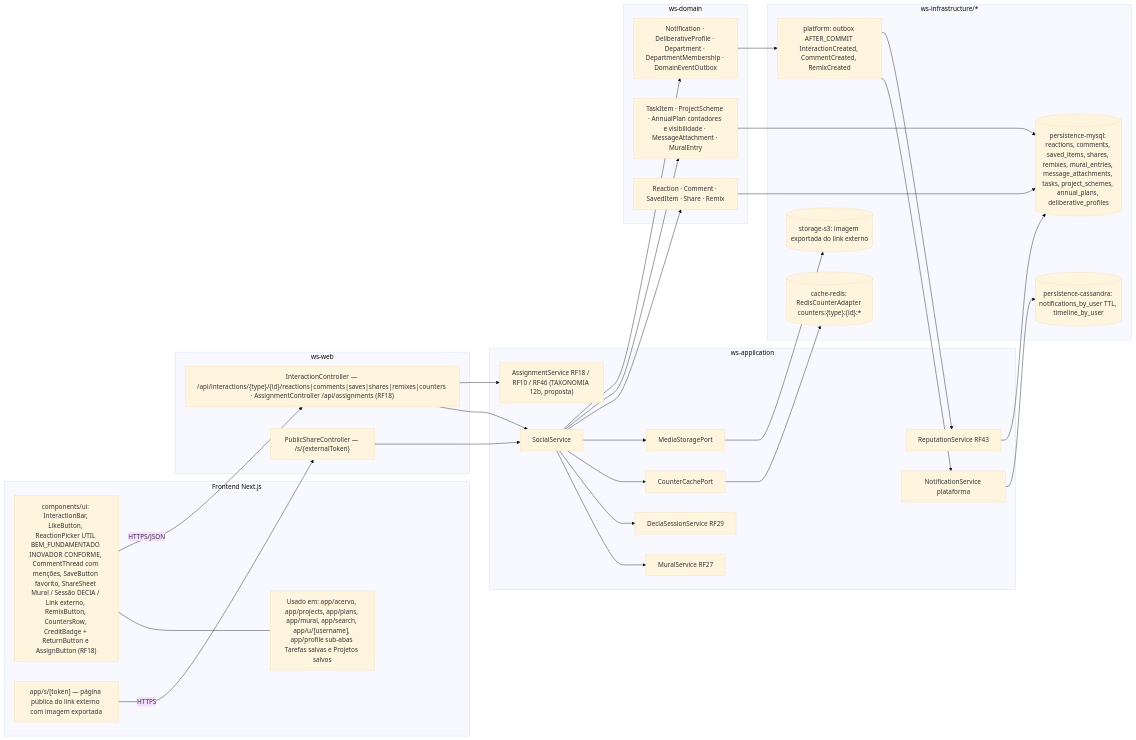
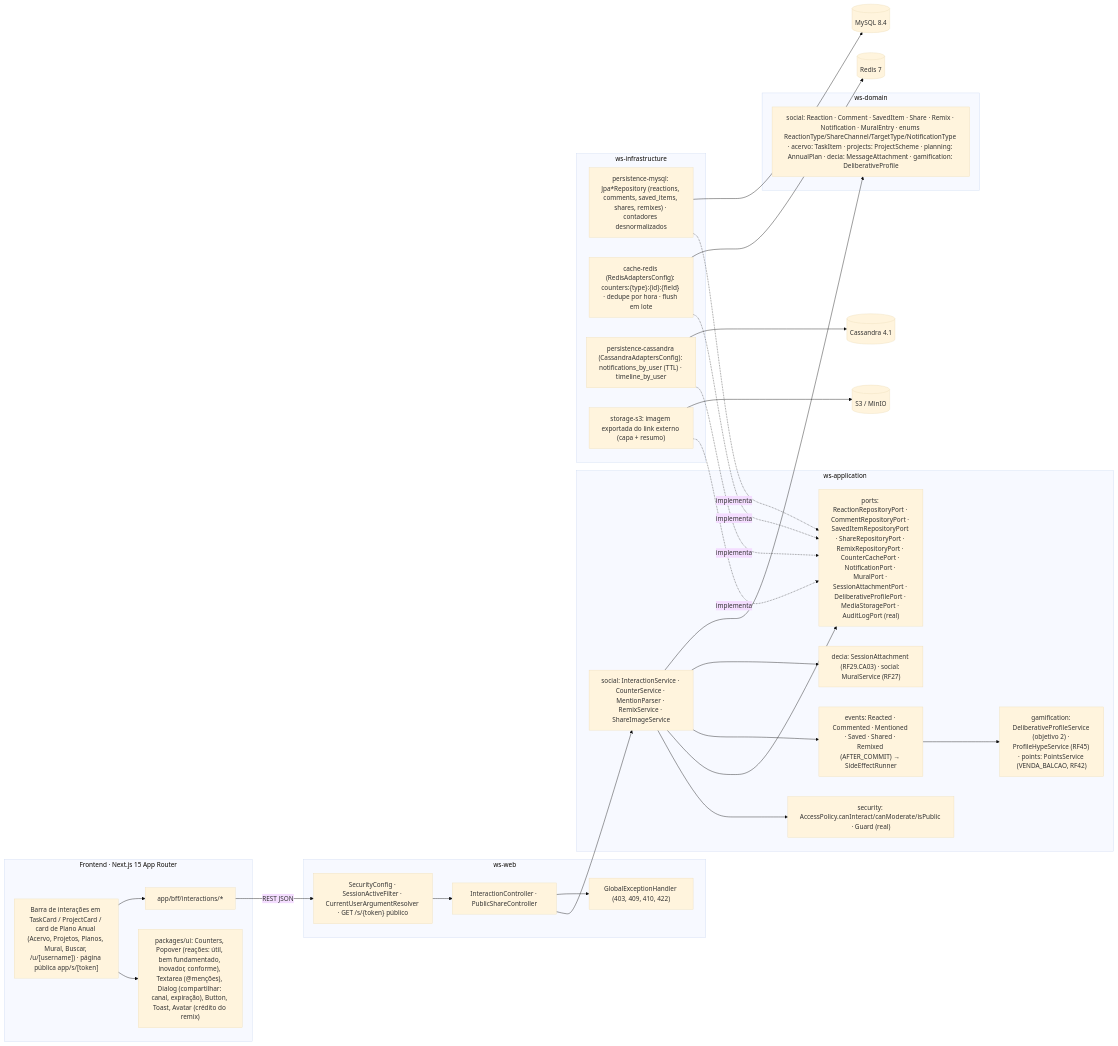
The fifth of 5 diagrams in docs/diagramas/RF19/README.md (MatheusHaliski/Decia-app-2026), drawn with Mermaid (base theme) before and after one commit. The commit also changed other lines of this file and 4 other files, not shown here.

First line of the commit message:
docs(diagramas): reescreve RF16–RF20 (perfil de terceiros, Buscar, interações sociais, adequação do acervo)

````diff
--- a/docs/diagramas/RF19/README.md
+++ b/docs/diagramas/RF19/README.md
@@ -583,61 +533,49 @@
 ```mermaid
 flowchart LR
-  subgraph FE["Frontend Next.js"]
-    F1["components/ui: InteractionBar, LikeButton, ReactionPicker UTIL BEM_FUNDAMENTADO INOVADOR CONFORME, CommentThread com menções, SaveButton favorito, ShareSheet Mural / Sessão DECIA / Link externo, RemixButton, CountersRow, CreditBadge + ReturnButton e AssignButton (RF18)"]
-    F2["Usado em: app/acervo, app/projects, app/plans, app/mural, app/search, app/u/[username], app/profile sub-abas Tarefas salvas e Projetos salvos"]
-    F3["app/s/[token] — página pública do link externo com imagem exportada"]
+  subgraph FE["Frontend · Next.js 15 App Router"]
+    PG["Barra de interações em TaskCard / ProjectCard / card de Plano Anual (Acervo, Projetos, Planos, Mural, Buscar, /u/[username]) · página pública app/s/[token]"]
+    UI["packages/ui: Counters, Popover (reações: útil, bem fundamentado, inovador, conforme), Textarea (@menções), Dialog (compartilhar: canal, expiração), Button, Toast, Avatar (crédito do remix)"]
+    BFF["app/bff/interactions/*"]
+    PG --> UI
+    PG --> BFF
+  end
+  subgraph WSWEB["ws-web"]
+    SEC["SecurityConfig · SessionActiveFilter · CurrentUserArgumentResolver · GET /s/{token} público"]
+    IC["InteractionController · PublicShareController"]
+    GEH["GlobalExceptionHandler (403, 409, 410, 422)"]
+  end
+  subgraph WSAPP["ws-application"]
+    SOC["social: InteractionService · CounterService · MentionParser · RemixService · ShareImageService"]
+    SECU["security: AccessPolicy.canInteract/canModerate/isPublic · Guard (real)"]
+    PORTS["ports: ReactionRepositoryPort · CommentRepositoryPort · SavedItemRepositoryPort · ShareRepositoryPort · RemixRepositoryPort · CounterCachePort · NotificationPort · MuralPort · SessionAttachmentPort · DeliberativeProfilePort · MediaStoragePort · AuditLogPort (real)"]
+    EVT["events: Reacted · Commented · Mentioned · Saved · Shared · Remixed (AFTER_COMMIT) → SideEffectRunner"]
+    GAM["gamification: DeliberativeProfileService (objetivo 2) · ProfileHypeService (RF45) · points: PointsService (VENDA_BALCAO, RF42)"]
+    DEC["decia: SessionAttachment (RF29.CA03) · social: MuralService (RF27)"]
+    SOC --> SECU
+    SOC --> PORTS
+    SOC --> EVT
+    EVT --> GAM
+    SOC --> DEC
+  end
+  subgraph WSDOM["ws-domain"]
+    DOM["social: Reaction · Comment · SavedItem · Share · Remix · Notification · MuralEntry · enums ReactionType/ShareChannel/TargetType/NotificationType · acervo: TaskItem · projects: ProjectScheme · planning: AnnualPlan · decia: MessageAttachment · gamification: DeliberativeProfile"]
+  end
+  subgraph INFRA["ws-infrastructure"]
+    MY["persistence-mysql: Jpa*Repository (reactions, comments, saved_items, shares, remixes) · contadores desnormalizados"]
+    RDS["cache-redis (RedisAdaptersConfig): counters:{type}:{id}:{field} · dedupe por hora · flush em lote"]
+    CAS["persistence-cassandra (CassandraAdaptersConfig): notifications_by_user (TTL) · timeline_by_user"]
+    S3["storage-s3: imagem exportada do link externo (capa + resumo)"]
   end
 
-  subgraph WEB["ws-web"]
-    C1["InteractionController — /api/interactions/{type}/{id}/reactions|comments|saves|shares|remixes|counters · AssignmentController /api/assignments (RF18)"]
-    C2["PublicShareController — /s/{externalToken}"]
-  end
-
-  subgraph APP["ws-application"]
-    S1["SocialService"]
-    S2["MuralService RF27"]
-    S3["DeciaSessionService RF29"]
-    S4["NotificationService plataforma"]
-    S5["ReputationService RF43"]
-    S6["AssignmentService RF18 / RF10 / RF46 (TAXONOMIA 12b, proposta)"]
-    P1["CounterCachePort"]
-    P2["MediaStoragePort"]
-  end
-
-  subgraph DOM["ws-domain"]
-    D1["Reaction · Comment · SavedItem · Share · Remix"]
-    D2["TaskItem · ProjectScheme · AnnualPlan contadores e visibilidade · MessageAttachment · MuralEntry"]
-    D3["Notification · DeliberativeProfile · Department · DepartmentMembership · DomainEventOutbox"]
-  end
-
-  subgraph INFRA["ws-infrastructure/*"]
-    I1[("persistence-mysql: reactions, comments, saved_items, shares, remixes, mural_entries, message_attachments, tasks, project_schemes, annual_plans, deliberative_profiles")]
-    I2[("cache-redis: RedisCounterAdapter counters:{type}:{id}:*")]
-    I3[("persistence-cassandra: notifications_by_user TTL, timeline_by_user")]
-    I4[("storage-s3: imagem exportada do link externo")]
-    I5["platform: outbox AFTER_COMMIT InteractionCreated, CommentCreated, RemixCreated"]
-  end
-
-  F1 --- F2
-  F1 -->|"HTTPS/JSON"| C1
-  F3 -->|"HTTPS"| C2
-  C1 --> S1
-  C1 --> S6
-  C2 --> S1
-  S1 --> S2
-  S1 --> S3
-  S1 --> P1
-  S1 --> P2
-  S1 --> D1
-  S1 --> D2
-  S1 --> D3
-  D3 --> I5
-  I5 --> S4
-  I5 --> S5
-  S4 --> I3
-  S5 --> I1
-  D1 --> I1
-  D2 --> I1
-  P1 --> I2
-  P2 --> I4
+  BFF -->|"REST JSON"| SEC --> IC --> SOC
+  IC --> GEH
+  MY -.implementa.-> PORTS
+  RDS -.implementa.-> PORTS
+  CAS -.implementa.-> PORTS
+  S3 -.implementa.-> PORTS
+  SOC --> DOM
+  MY --> DB[("MySQL 8.4")]
+  RDS --> RD[("Redis 7")]
+  CAS --> CDB[("Cassandra 4.1")]
+  S3 --> MINIO[("S3 / MinIO")]
 ```
````
